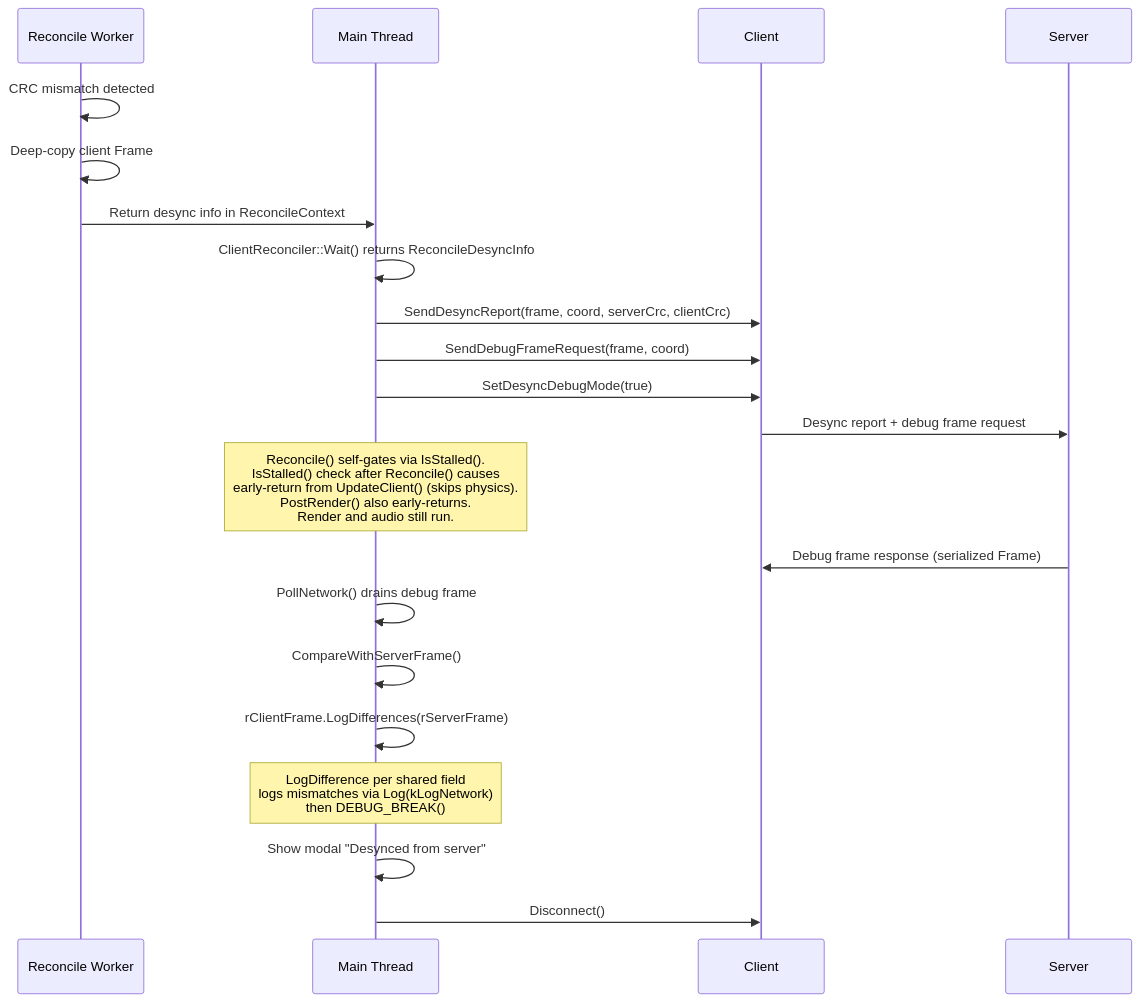
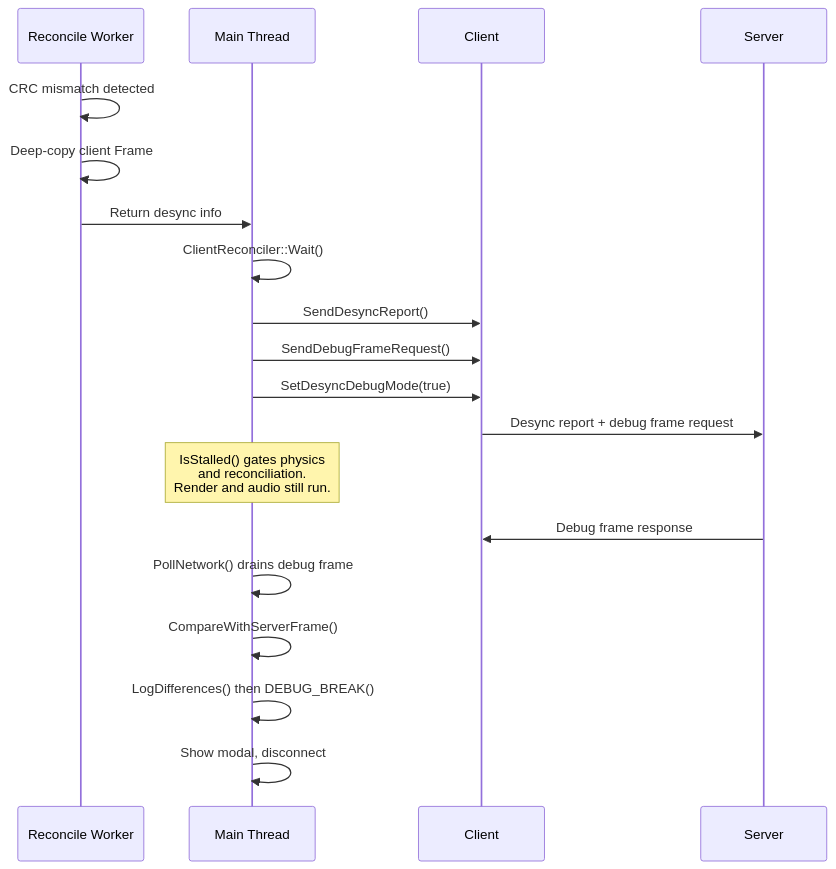
The fifth of 6 diagrams in Documents/Architecture/GameReconciliation.md (DougTanner/BrokenEnginePublic), drawn with Mermaid before and after one commit. The commit also changed other lines of this file and 66 other files, not shown here.

````diff
--- a/Documents/Architecture/GameReconciliation.md
+++ b/Documents/Architecture/GameReconciliation.md
@@ -180,29 +165,27 @@
 ```mermaid
 %%{init: {'theme': 'default'}}%%
 sequenceDiagram
     participant Worker as Reconcile Worker
     participant Main as Main Thread
     participant Net as Client
     participant Server
 
     Worker->>Worker: CRC mismatch detected
     Worker->>Worker: Deep-copy client Frame
-    Worker->>Main: Return desync info in ReconcileContext
+    Worker->>Main: Return desync info
 
-    Main->>Main: ClientReconciler::Wait() returns ReconcileDesyncInfo
-    Main->>Net: SendDesyncReport(frame, coord, serverCrc, clientCrc)
-    Main->>Net: SendDebugFrameRequest(frame, coord)
+    Main->>Main: ClientReconciler::Wait()
+    Main->>Net: SendDesyncReport()
+    Main->>Net: SendDebugFrameRequest()
     Main->>Net: SetDesyncDebugMode(true)
     Net->>Server: Desync report + debug frame request
 
-    Note over Main: Reconcile() self-gates via IsStalled().<br/>IsStalled() check after Reconcile() causes<br/>early-return from UpdateClient() (skips physics).<br/>PostRender() also early-returns.<br/>Render and audio still run.
+    Note over Main: IsStalled() gates physics<br/>and reconciliation.<br/>Render and audio still run.
 
-    Server->>Net: Debug frame response (serialized Frame)
+    Server->>Net: Debug frame response
     Main->>Main: PollNetwork() drains debug frame
     Main->>Main: CompareWithServerFrame()
-    Main->>Main: rClientFrame.LogDifferences(rServerFrame)
-    Note over Main: LogDifference per shared field<br/>logs mismatches via Log(kLogNetwork)<br/>then DEBUG_BREAK()
+    Main->>Main: LogDifferences() then DEBUG_BREAK()
 
-    Main->>Main: Show modal "Desynced from server"
-    Main->>Net: Disconnect()
+    Main->>Main: Show modal, disconnect
 ```
````
